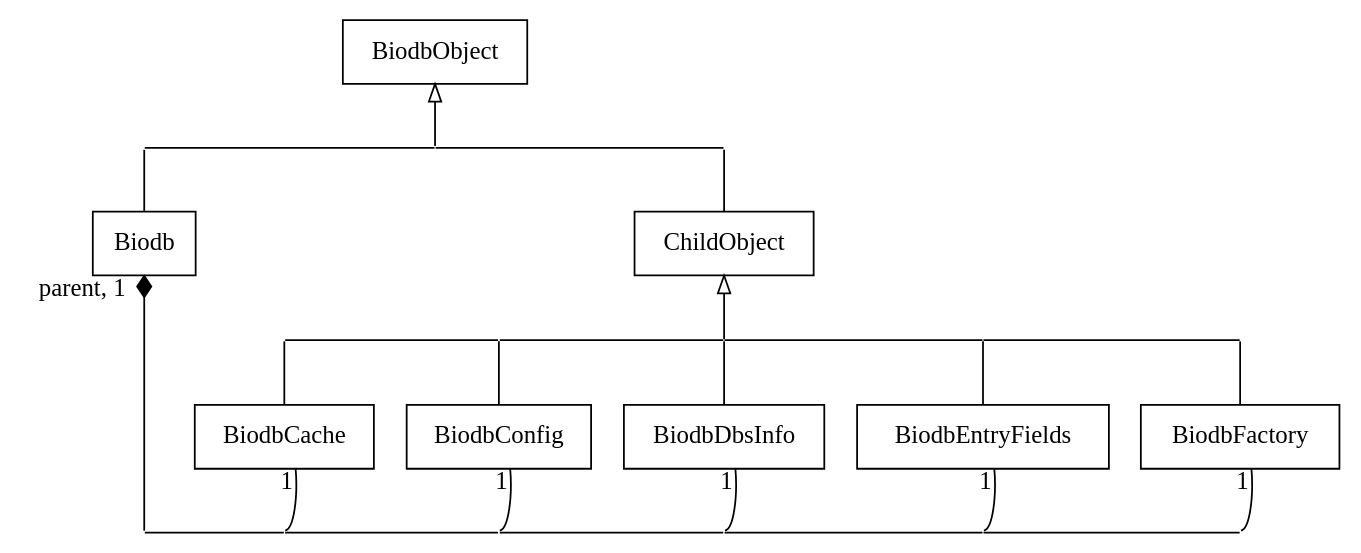
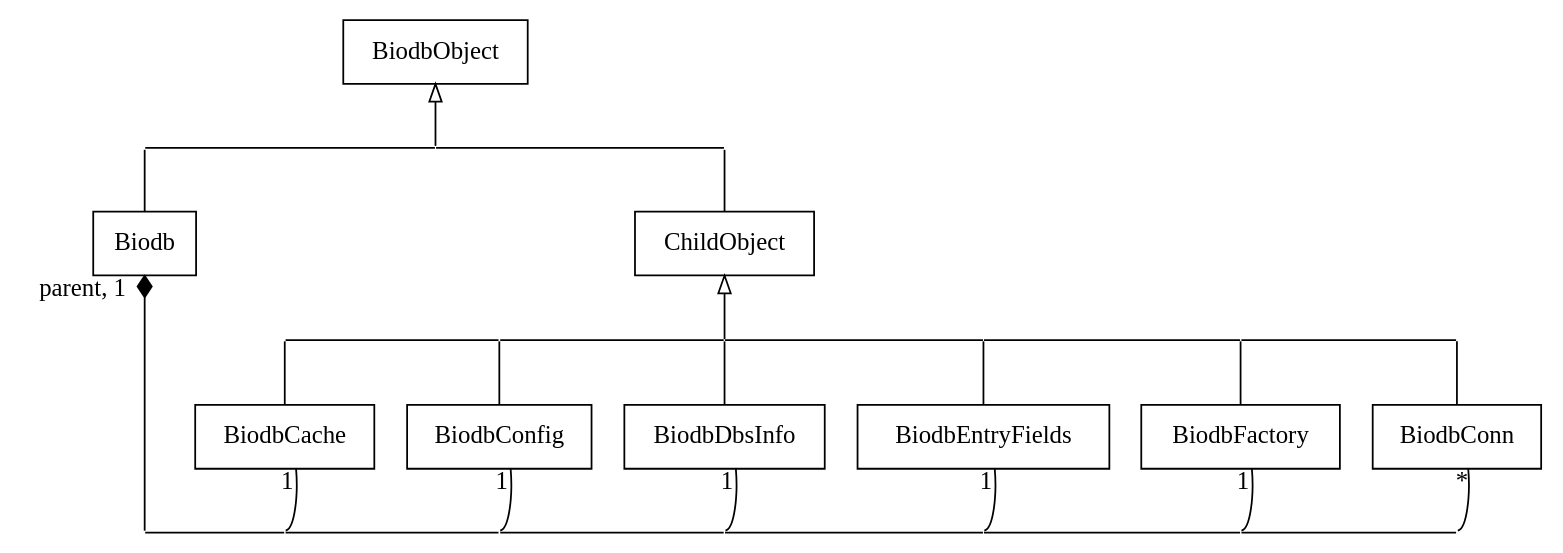
Before and after one commit to ceabiodb/biodb: the diagram in vignettes/uml-class-diag.dot, drawn with Graphviz.

Commit message:
Add BiodbConn class to class diagram.

```diff
--- a/vignettes/uml-class-diag.dot
+++ b/vignettes/uml-class-diag.dot
@@ -1,84 +1,91 @@
 digraph biodb_uml_class_diag {
 
 	edge [dir = back, arrowtail = none]
 
 	BiodbObject [shape = box, group = BiodbObject]
 
 	subgraph BiodbObjectChildrenPoints {
 		rank = same
 		BiodbChildObjectMiddlePoint [shape = point, fixedsize = true, height = 0, width = 0, group = BiodbObject]
 		ChildObjectPoint [shape = point, fixedsize = true, height = 0, width = 0, group = ChildObject]
 		BiodbPoint [shape = point, fixedsize = true, height = 0, width = 0, group = Biodb]
 	}
 
 	subgraph BiodbObjectChildren {
 		rank = same
 		ChildObject [shape = box, group = ChildObject]
 		Biodb [shape = box, group = Biodb]
 	}
 
 	BiodbObject -> BiodbChildObjectMiddlePoint [arrowtail = empty]
 	BiodbPoint -> BiodbChildObjectMiddlePoint
 	BiodbChildObjectMiddlePoint -> ChildObjectPoint
 	BiodbPoint -> Biodb
 	ChildObjectPoint -> ChildObject
 
 	subgraph ChildObjectChildrenPoints {
 		rank = same
 //		ChildObjectChildrenMiddlePoint [shape = point, fixedsize = true, height = 0, width = 0, group = BiodbObject]
 		BiodbCacheChildPoint [shape = point, fixedsize = true, height = 0, width = 0, group = BiodbCache]
 		BiodbConfigChildPoint [shape = point, fixedsize = true, height = 0, width = 0, group = BiodbConfig]
 		BiodbDbsInfoChildPoint [shape = point, fixedsize = true, height = 0, width = 0, group = ChildObject]
 		BiodbEntryFieldsChildPoint [shape = point, fixedsize = true, height = 0, width = 0, group = BiodbEntryFields]
 		BiodbFactoryChildPoint [shape = point, fixedsize = true, height = 0, width = 0, group = BiodbFactory]
+		BiodbConnChildPoint [shape = point, fixedsize = true, height = 0, width = 0, group = BiodbConn]
 	}
 
 	subgraph ChildObjectChildren {
 		rank = same
 		BiodbCache [shape = box, group = BiodbCache]
 		BiodbConfig [shape = box, group = BiodbConfig]
 		BiodbDbsInfo [shape = box, group = ChildObject]
 		BiodbEntryFields [shape = box, group = BiodbEntryFields]
 		BiodbFactory [shape = box, group = BiodbFactory]
+		BiodbConn [shape = box, group = BiodbConn]
 	}
 
 	ChildObject -> BiodbDbsInfoChildPoint [arrowtail = empty]
 	BiodbCacheChildPoint -> BiodbConfigChildPoint
 	BiodbConfigChildPoint -> BiodbDbsInfoChildPoint
 	BiodbDbsInfoChildPoint -> BiodbEntryFieldsChildPoint
 	BiodbEntryFieldsChildPoint -> BiodbFactoryChildPoint
+	BiodbFactoryChildPoint -> BiodbConnChildPoint
 	BiodbCacheChildPoint -> BiodbCache
 	BiodbConfigChildPoint -> BiodbConfig
 	BiodbDbsInfoChildPoint -> BiodbDbsInfo
 	BiodbEntryFieldsChildPoint -> BiodbEntryFields
 	BiodbFactoryChildPoint -> BiodbFactory
+	BiodbConnChildPoint -> BiodbConn
 
 	// Biodb associations
 
 	subgraph BiodbAssoc {
 		rank = same
 		BiodbAssocMiddlePoint [shape = point, fixedsize = true, height = 0, width = 0, group = Biodb]
 		BiodbCacheAssocPoint [shape = point, fixedsize = true, height = 0, width = 0, group = BiodbCache]
 		BiodbConfigAssocPoint [shape = point, fixedsize = true, height = 0, width = 0, group = BiodbConfig]
 		BiodbDbsInfoAssocPoint [shape = point, fixedsize = true, height = 0, width = 0, group = ChildObject]
 		BiodbEntryFieldsAssocPoint [shape = point, fixedsize = true, height = 0, width = 0, group = BiodbEntryFields]
 		BiodbFactoryAssocPoint [shape = point, fixedsize = true, height = 0, width = 0, group = BiodbFactory]
+		BiodbConnAssocPoint [shape = point, fixedsize = true, height = 0, width = 0, group = BiodbConn]
 	}
 
 	 {edge[style=invis]
-		     {BiodbCache BiodbConfig BiodbDbsInfo BiodbEntryFields BiodbFactory} -> {BiodbConfigAssocPoint BiodbCacheAssocPoint BiodbDbsInfoAssocPoint BiodbEntryFieldsAssocPoint BiodbFactoryAssocPoint}
+		     {BiodbCache BiodbConfig BiodbDbsInfo BiodbEntryFields BiodbFactory BiodbConn} -> {BiodbConfigAssocPoint BiodbCacheAssocPoint BiodbDbsInfoAssocPoint BiodbEntryFieldsAssocPoint BiodbFactoryAssocPoint BiodbConnAssocPoint}
 		       }
 
 	Biodb -> BiodbAssocMiddlePoint [arrowtail = diamond, taillabel = "parent, 1 "]
 	BiodbCache -> BiodbCacheAssocPoint [taillabel = "1"]
 	BiodbConfig -> BiodbConfigAssocPoint [taillabel = "1"]
 	BiodbDbsInfo -> BiodbDbsInfoAssocPoint [taillabel = "1"]
 	BiodbEntryFields -> BiodbEntryFieldsAssocPoint [taillabel = "1"]
 	BiodbFactory -> BiodbFactoryAssocPoint [taillabel = "1"]
+	BiodbConn -> BiodbConnAssocPoint [taillabel = "*"]
 
 	BiodbAssocMiddlePoint -> BiodbCacheAssocPoint
 	BiodbCacheAssocPoint -> BiodbConfigAssocPoint
 	BiodbConfigAssocPoint -> BiodbDbsInfoAssocPoint
 	BiodbDbsInfoAssocPoint -> BiodbEntryFieldsAssocPoint
 	BiodbEntryFieldsAssocPoint -> BiodbFactoryAssocPoint
+	BiodbFactoryAssocPoint -> BiodbConnAssocPoint
 }
```
